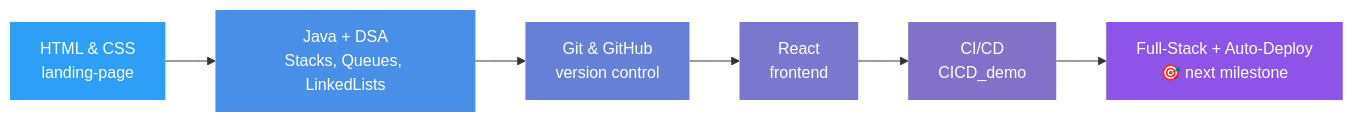
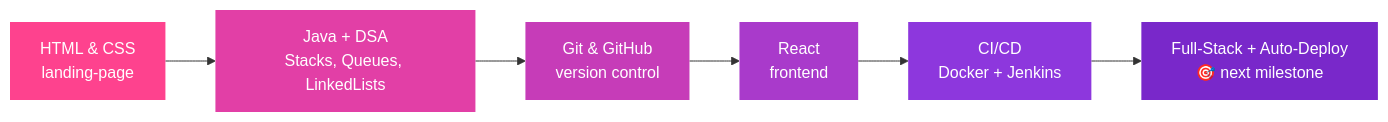
Before and after one commit to HassanNasir2004/HassanNasir2004: the diagram in README.md, drawn with Mermaid. The commit also changed other lines of this file, not shown here.

````diff
--- a/README.md
+++ b/README.md
@@ -78,15 +78,15 @@
 ```mermaid
 flowchart LR
     A[HTML & CSS<br/>landing-page] --> B[Java + DSA<br/>Stacks, Queues, LinkedLists]
     B --> C[Git & GitHub<br/>version control]
     C --> D[React<br/>frontend]
-    D --> E[CI/CD<br/>CICD_demo]
+    D --> E[CI/CD<br/>Docker + Jenkins]
     E --> F[Full-Stack + Auto-Deploy<br/>🎯 next milestone]
 
-    style A fill:#2E9EF7,color:#fff,stroke:none
-    style B fill:#4A8FE7,color:#fff,stroke:none
-    style C fill:#6680D8,color:#fff,stroke:none
-    style D fill:#7A78CE,color:#fff,stroke:none
-    style E fill:#8271C9,color:#fff,stroke:none
-    style F fill:#8E54E9,color:#fff,stroke:none
+    style A fill:#FE428E,color:#fff,stroke:none
+    style B fill:#E23FA6,color:#fff,stroke:none
+    style C fill:#C63CB8,color:#fff,stroke:none
+    style D fill:#A93ACB,color:#fff,stroke:none
+    style E fill:#8D37DD,color:#fff,stroke:none
+    style F fill:#7928CA,color:#fff,stroke:none
 ```
````
